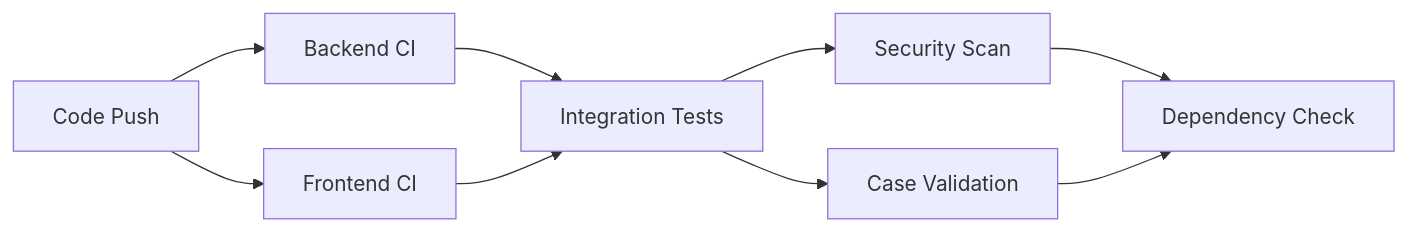
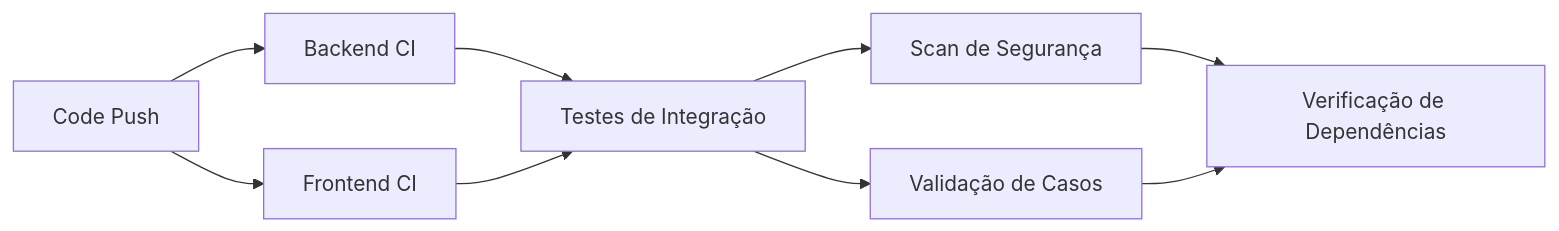
Before and after one commit to lcarli/CaseZero-Alternative: the first of 2 diagrams in docs/cicd/README.md, drawn with Mermaid. The commit also changed other lines of this file and 1 other file, not shown here.

````diff
--- a/docs/cicd/README.md
+++ b/docs/cicd/README.md
@@ -22,11 +22,11 @@
 ```mermaid
 graph LR
     A[Code Push] --> B[Backend CI]
     A --> C[Frontend CI]
-    B --> D[Integration Tests]
+    B --> D[Testes de Integração]
     C --> D
-    D --> E[Security Scan]
-    D --> F[Case Validation]
-    E --> G[Dependency Check]
+    D --> E[Scan de Segurança]
+    D --> F[Validação de Casos]
+    E --> G[Verificação de Dependências]
     F --> G
 ```
````
